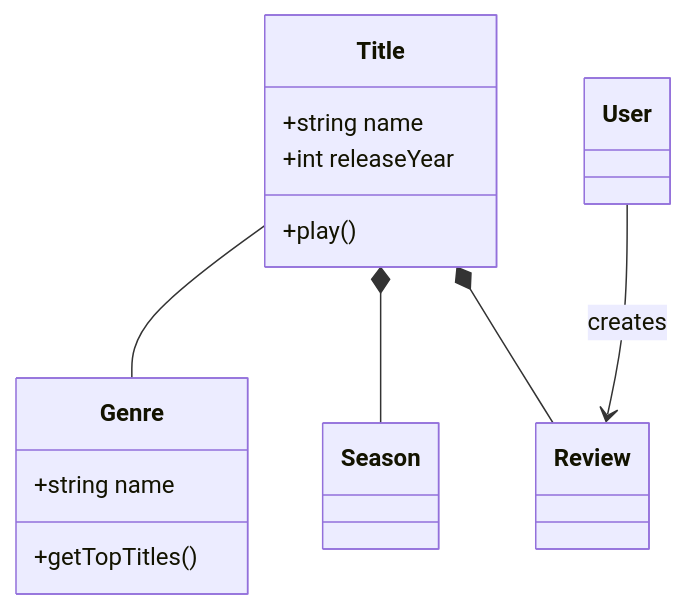
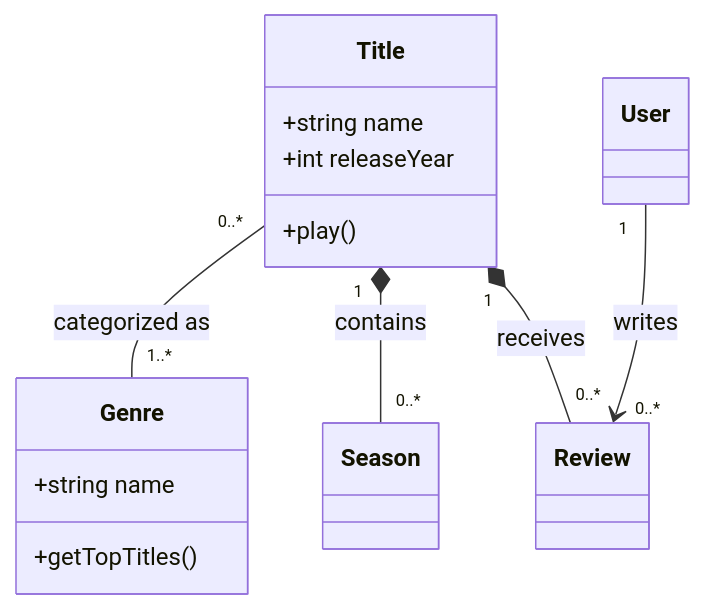
One commit to costa-marcello/repertoire changed the first of 6 diagrams in skills/mermaid-diagrams/SKILL.md. Above: the diagram before and after it, drawn with Mermaid. The commit also changed other lines of this file and 12 other files, not shown here.

First line of the commit message:
Fix mermaid-diagrams examples that broke its own rules

````diff
--- a/skills/mermaid-diagrams/SKILL.md
+++ b/skills/mermaid-diagrams/SKILL.md
@@ -49,18 +92,18 @@
 ```mermaid
 classDiagram
-    Title -- Genre
-    Title *-- Season
-    Title *-- Review
-    User --> Review : creates
+    Title "0..*" -- "1..*" Genre : categorized as
+    Title "1" *-- "0..*" Season : contains
+    Title "1" *-- "0..*" Review : receives
+    User "1" --> "0..*" Review : writes
 
     class Title {
         +string name
         +int releaseYear
         +play()
     }
 
     class Genre {
         +string name
         +getTopTitles()
     }
 ```
````
